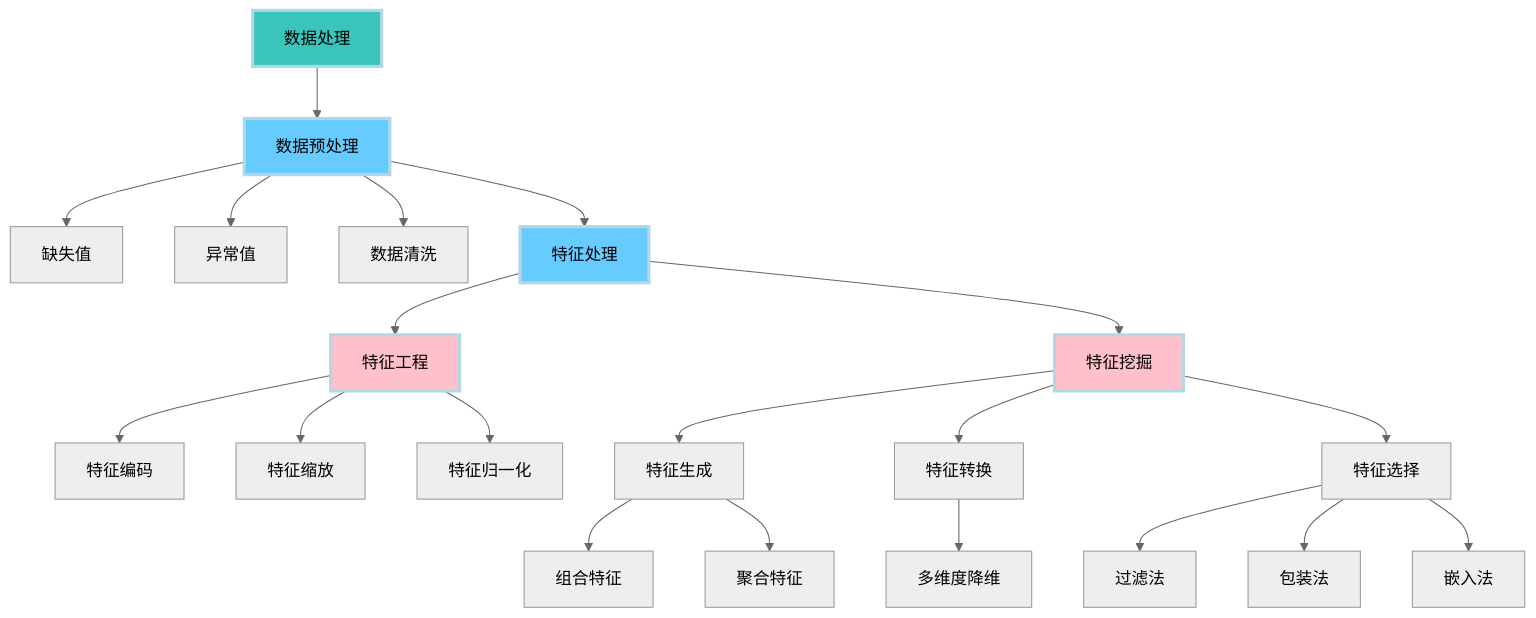
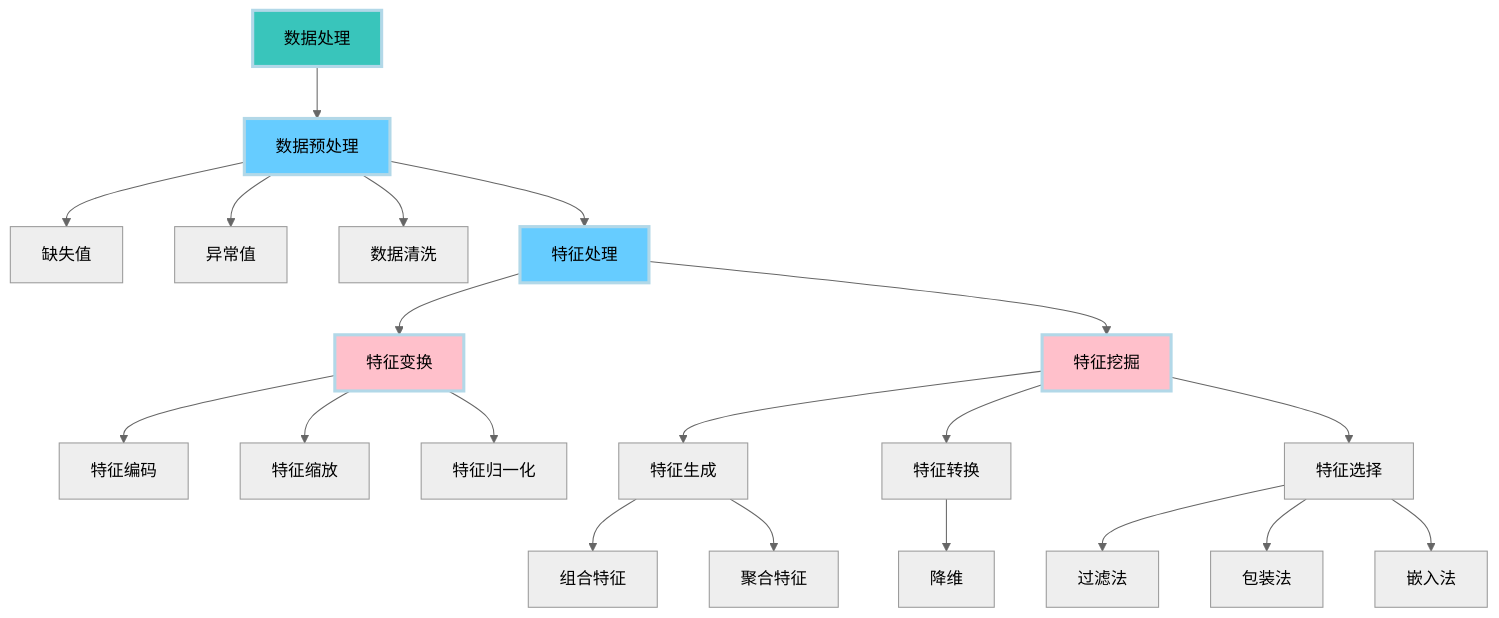
The diagram in azusa_front/public/article_md/机器学习.md (virtualxiaoman/blog), drawn with Mermaid (neutral theme) before and after one commit. The commit also changed other lines of this file and 32 other files, not shown here.

````diff
--- a/azusa_front/public/article_md/机器学习.md
+++ b/azusa_front/public/article_md/机器学习.md
@@ -55,31 +106,31 @@
 ```mermaid
 graph TD
     style A fill:#39C5BB,stroke:#B2D8E8,stroke-width:3px
     style A1 fill:#66CCFF,stroke:#B2D8E8,stroke-width:3px
 
     A[数据处理] --> A1[数据预处理]
     A1 --> A1_1[缺失值]
     A1 --> A1_2[异常值]
     A1 --> A1_3[数据清洗]
     A1 --> B[特征处理]
     
     style B fill:#66CCFF,stroke:#B2D8E8,stroke-width:3px
     style B1 fill:#FFC0CB,stroke:#B2D8E8,stroke-width:3px
-    B --> B1[特征工程]
+    B --> B1[特征变换]
     B1 --> B1_1[特征编码]
     B1 --> B1_2[特征缩放]
     B1 --> B1_3[特征归一化]
     B --> C[特征挖掘]
     
     style C fill:#FFC0CB,stroke:#B2D8E8,stroke-width:3px
     C --> C1[特征生成]
     C1 --> C1_1[组合特征]
     C1 --> C1_2[聚合特征]
     C --> C2[特征转换]
-    C2 --> C2_1[多维度降维]
+    C2 --> C2_1[降维]
     C --> D[特征选择]
     
     D --> D1[过滤法]
     D --> D2[包装法]
     D --> D3[嵌入法]
 ```
````
